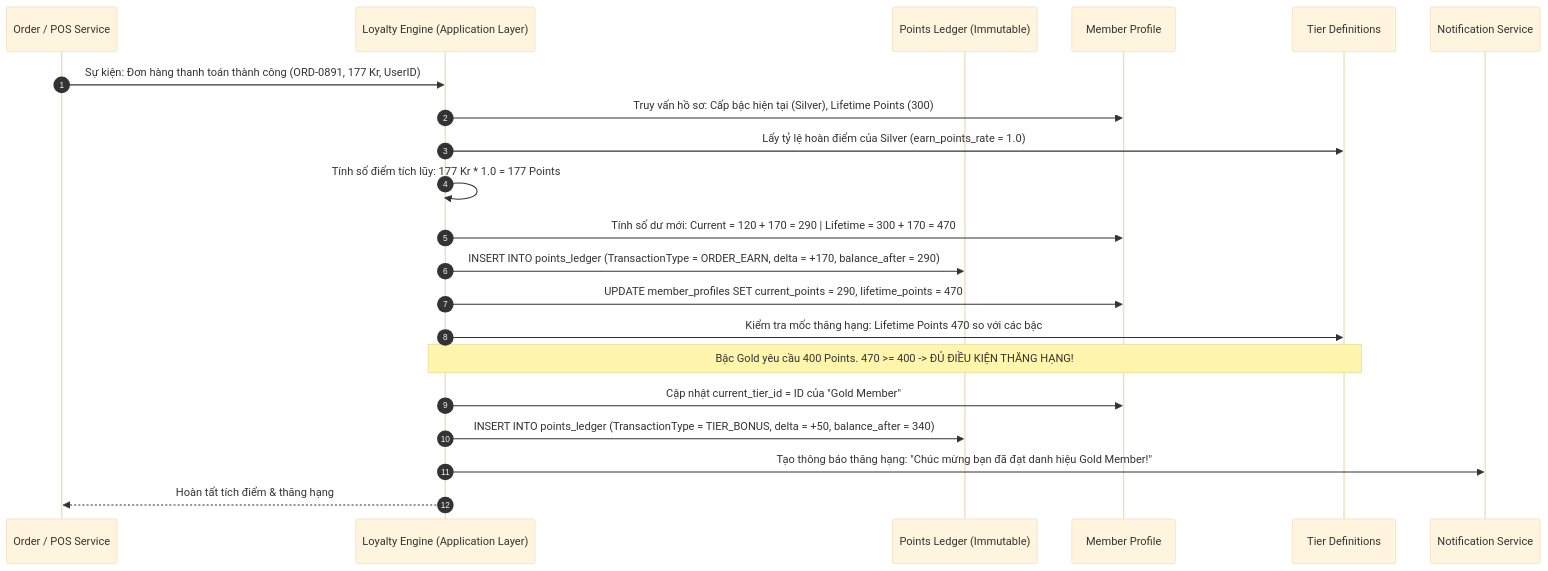
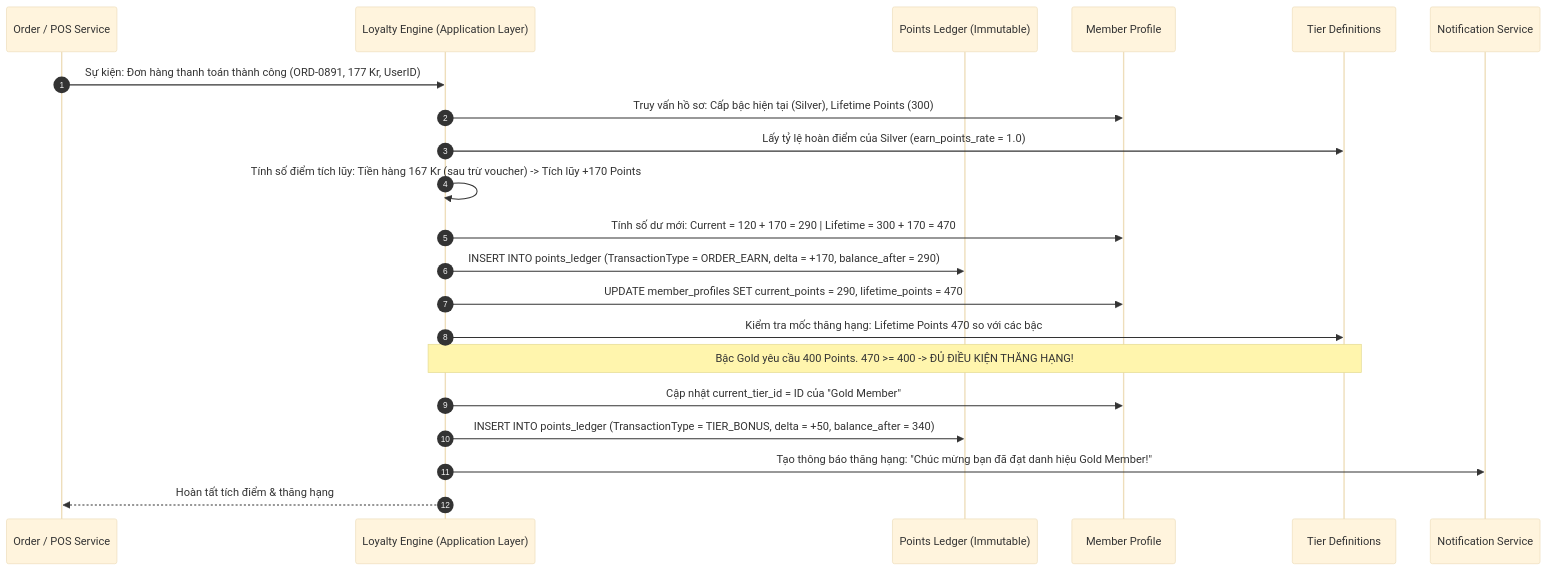
One commit to daoductam/ordera-platform changed the diagram in docs/designs/srs/bf-04-tich-luy-diem-va-thang-hang.md. Above: the diagram before and after it, drawn with Mermaid (base theme). The commit also changed other lines of this file and 7 other files, not shown here.

````diff
--- a/docs/designs/srs/bf-04-tich-luy-diem-va-thang-hang.md
+++ b/docs/designs/srs/bf-04-tich-luy-diem-va-thang-hang.md
@@ -26,28 +26,28 @@
 ```mermaid
 sequenceDiagram
     autonumber
     participant Order as Order / POS Service
     participant Loyalty as Loyalty Engine (Application Layer)
     participant Ledger as Points Ledger (Immutable)
     participant Profile as Member Profile
     participant Tier as Tier Definitions
     participant Notif as Notification Service
 
     Order->>Loyalty: Sự kiện: Đơn hàng thanh toán thành công (ORD-0891, 177 Kr, UserID)
     Loyalty->>Profile: Truy vấn hồ sơ: Cấp bậc hiện tại (Silver), Lifetime Points (300)
     Loyalty->>Tier: Lấy tỷ lệ hoàn điểm của Silver (earn_points_rate = 1.0)
     
-    Loyalty->>Loyalty: Tính số điểm tích lũy: 177 Kr * 1.0 = 177 Points
+    Loyalty->>Loyalty: Tính số điểm tích lũy: Tiền hàng 167 Kr (sau trừ voucher) -> Tích lũy +170 Points
     Loyalty->>Profile: Tính số dư mới: Current = 120 + 170 = 290 | Lifetime = 300 + 170 = 470
     
     Loyalty->>Ledger: INSERT INTO points_ledger (TransactionType = ORDER_EARN, delta = +170, balance_after = 290)
     Loyalty->>Profile: UPDATE member_profiles SET current_points = 290, lifetime_points = 470
     
     Loyalty->>Tier: Kiểm tra mốc thăng hạng: Lifetime Points 470 so với các bậc
     Note over Loyalty,Tier: Bậc Gold yêu cầu 400 Points. 470 >= 400 -> ĐỦ ĐIỀU KIỆN THĂNG HẠNG!
     
     Loyalty->>Profile: Cập nhật current_tier_id = ID của "Gold Member"
     Loyalty->>Ledger: INSERT INTO points_ledger (TransactionType = TIER_BONUS, delta = +50, balance_after = 340)
     Loyalty->>Notif: Tạo thông báo thăng hạng: "Chúc mừng bạn đã đạt danh hiệu Gold Member!"
     Loyalty-->>Order: Hoàn tất tích điểm & thăng hạng
 ```
````
